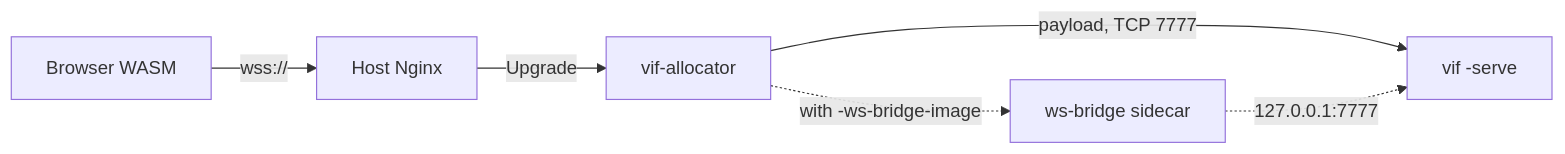
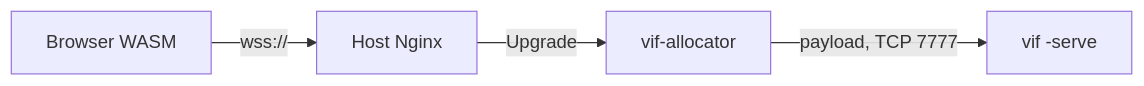
Before and after one commit to lixenwraith/vif: the diagram in doc/multi-platform.md, drawn with Mermaid. The commit also changed other lines of this file and 31 other files, not shown here.

Commit message:
Remove the websocat sidecar; the allocator's WebSocket is the only path

````diff
--- a/doc/multi-platform.md
+++ b/doc/multi-platform.md
@@ -198,8 +198,6 @@
 ```mermaid
 flowchart LR
     Browser["Browser WASM"] -->|"wss://"| Nginx["Host Nginx"]
     Nginx -->|"Upgrade"| Allocator["vif-allocator"]
     Allocator -->|"payload, TCP 7777"| Pod["vif -serve"]
-    Allocator -.->|"with -ws-bridge-image"| Bridge["ws-bridge sidecar"]
-    Bridge -.->|"127.0.0.1:7777"| Pod
 ```
````
